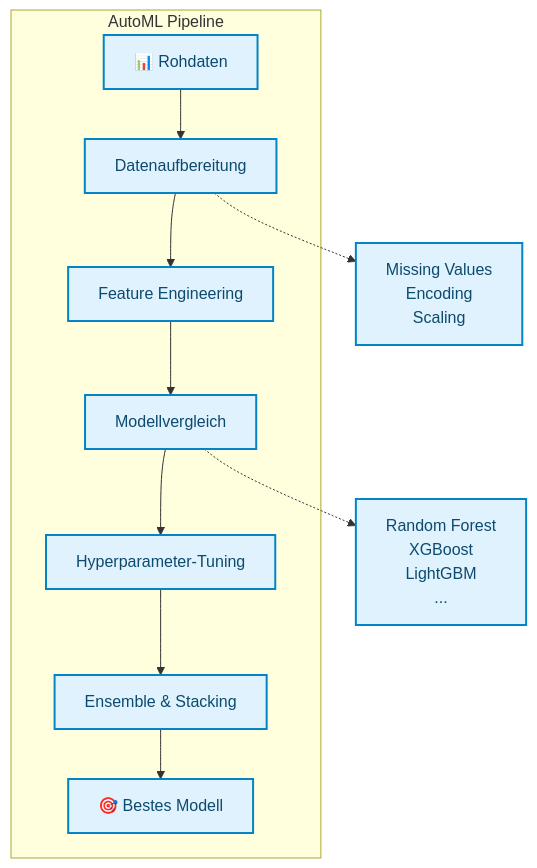
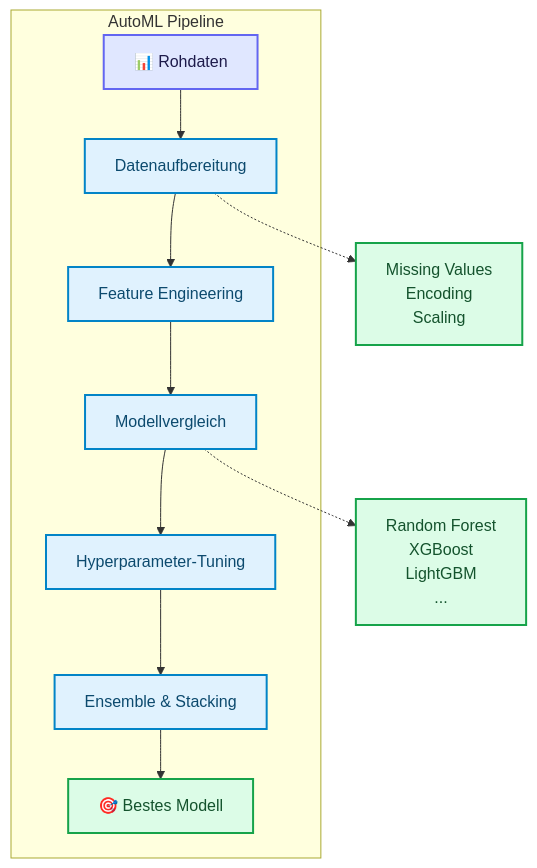
The second of 3 diagrams in docs/concepts/modeling/automl.md (ralf-42/ML_Intro), drawn with Mermaid before and after one commit. The commit also changed 49 other files, not shown here.

````diff
--- a/docs/concepts/modeling/automl.md
+++ b/docs/concepts/modeling/automl.md
@@ -64,16 +64,21 @@
 ```mermaid
 flowchart TD
     subgraph "AutoML Pipeline"
         A[📊 Rohdaten] --> B[Datenaufbereitung]
         B --> C[Feature Engineering]
         C --> D[Modellvergleich]
         D --> E[Hyperparameter-Tuning]
         E --> F[Ensemble & Stacking]
         F --> G[🎯 Bestes Modell]
     end
     
     B -.-> B1[Missing Values<br/>Encoding<br/>Scaling]
     D -.-> D1[Random Forest<br/>XGBoost<br/>LightGBM<br/>...]
 
     classDef default fill:#e0f2fe,stroke:#0284c7,stroke-width:2px,color:#0c4a6e;
+    classDef input fill:#e0e7ff,stroke:#6366f1,stroke-width:2px,color:#1e1b4b;
+    classDef output fill:#dcfce7,stroke:#16a34a,stroke-width:2px,color:#14532d;
+
+    class A input;
+    class G,B1,D1 output;
 ```
````
